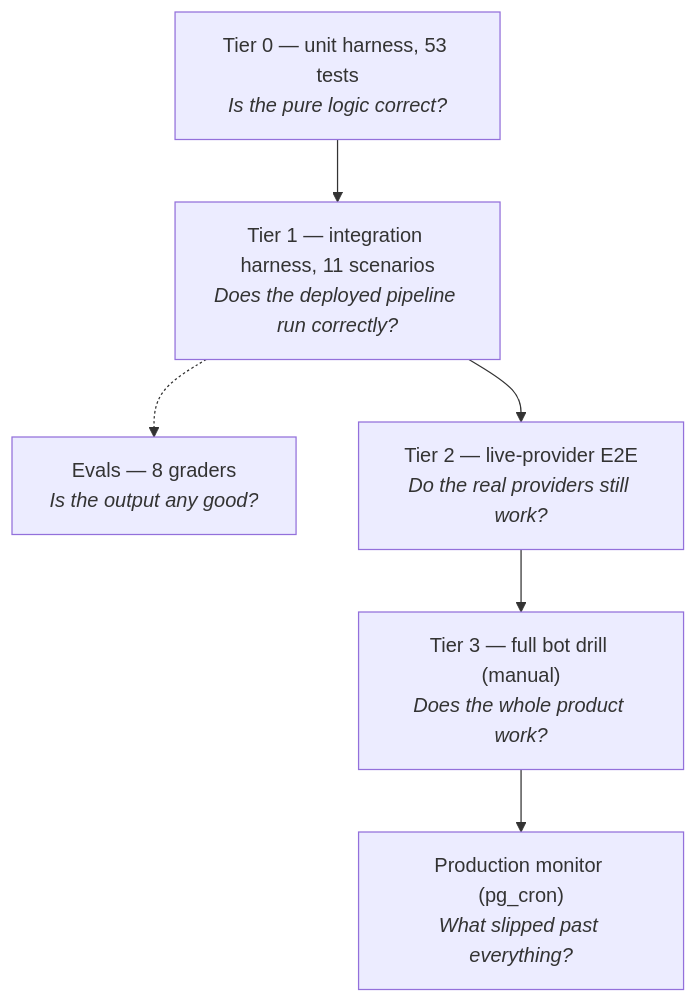
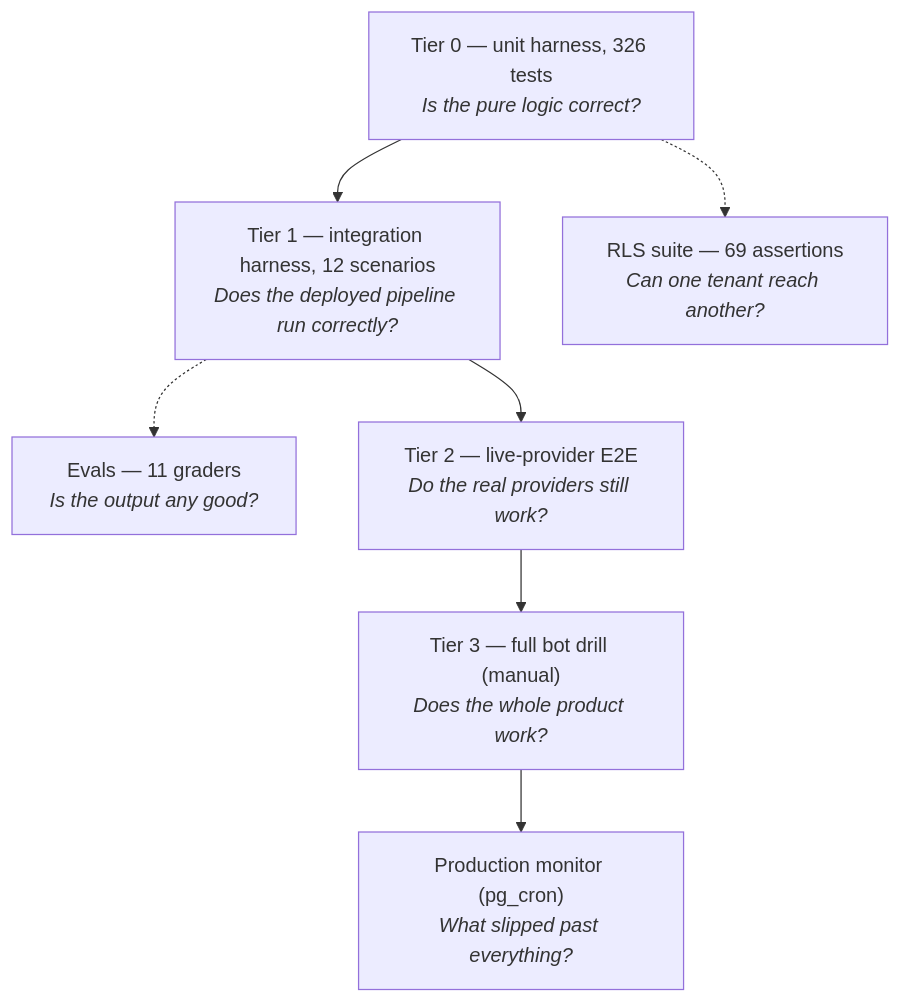
One commit to AmaanBarmare/echobrief changed the diagram in docs/testing.md. Above: the diagram before and after it, drawn with Mermaid. The commit also changed other lines of this file and 9 other files, not shown here.

````diff
--- a/docs/testing.md
+++ b/docs/testing.md
@@ -18,13 +19,16 @@
 ```mermaid
 flowchart TB
-    E["Evals — 8 graders<br/><i>Is the output any good?</i>"]
+    E["Evals — 11 graders<br/><i>Is the output any good?</i>"]
     T3["Tier 3 — full bot drill (manual)<br/><i>Does the whole product work?</i>"]
     T2["Tier 2 — live-provider E2E<br/><i>Do the real providers still work?</i>"]
-    T1["Tier 1 — integration harness, 11 scenarios<br/><i>Does the deployed pipeline run correctly?</i>"]
-    T0["Tier 0 — unit harness, 53 tests<br/><i>Is the pure logic correct?</i>"]
+    T1["Tier 1 — integration harness, 12 scenarios<br/><i>Does the deployed pipeline run correctly?</i>"]
+    T0["Tier 0 — unit harness, 326 tests<br/><i>Is the pure logic correct?</i>"]
     M["Production monitor (pg_cron)<br/><i>What slipped past everything?</i>"]
+
+    R["RLS suite — 69 assertions<br/><i>Can one tenant reach another?</i>"]
 
     T0 --> T1 --> T2 --> T3
     T1 -.-> E
+    T0 -.-> R
     T3 --> M
 ```
````
